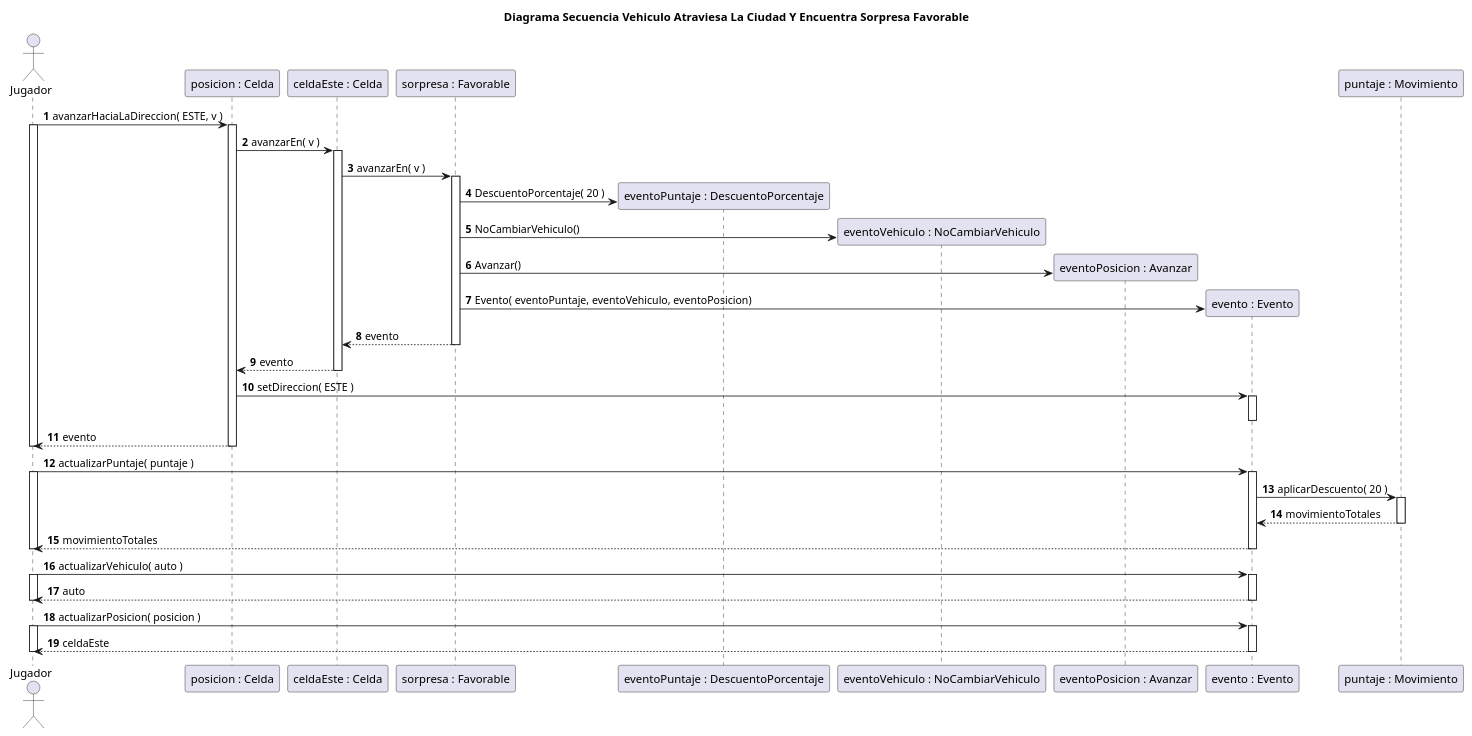
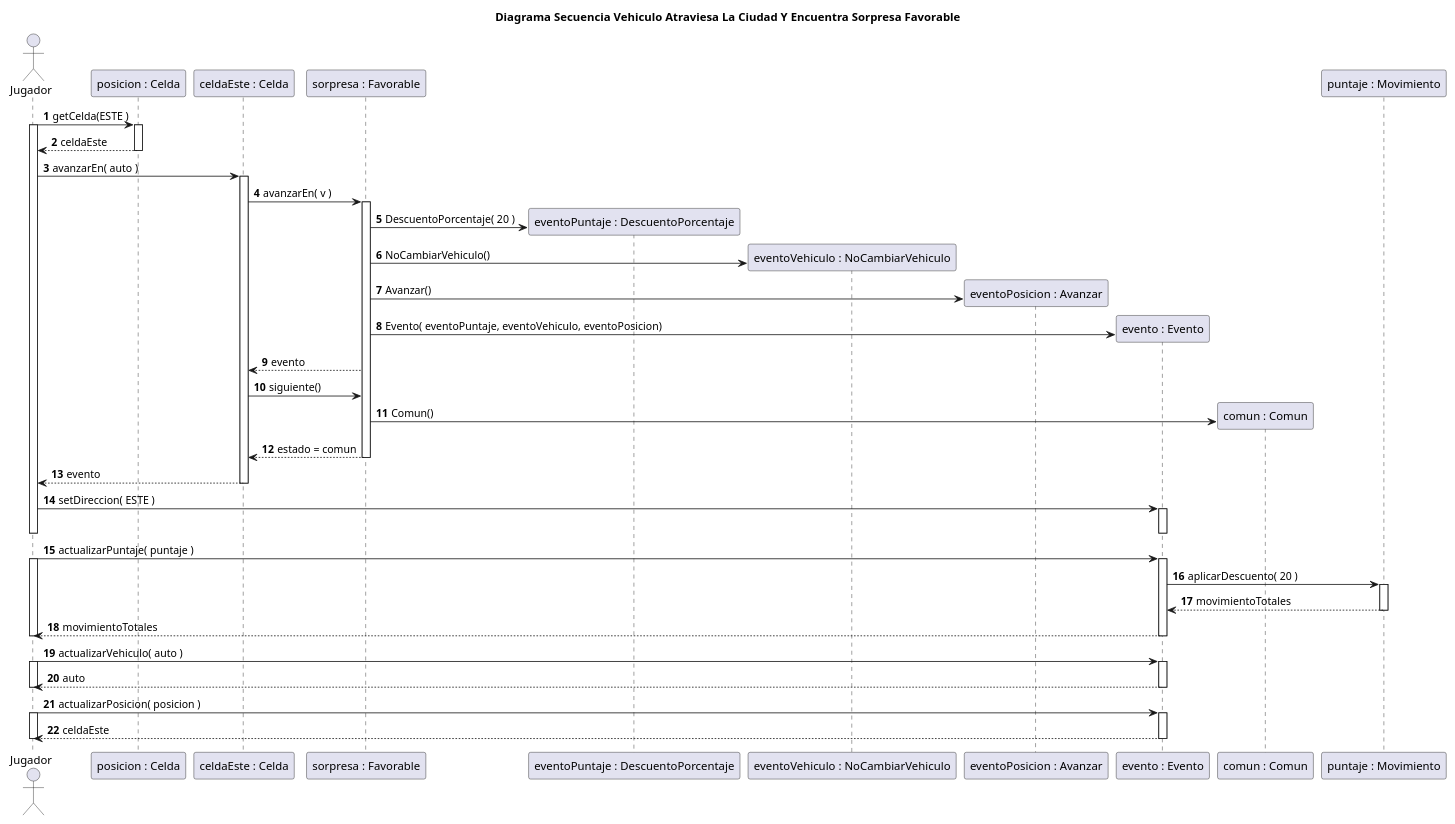
Before and after one commit to rodrigovzq/algo3_tp2: the diagram in diagrams/sequences/entrega2/CasoVehiculoAtraviesaLaCiudadYEncuentraSorpresaFavorable.puml, drawn with PlantUML. The commit also changed 10 other files, not shown here.

```diff
--- a/diagrams/sequences/entrega2/CasoVehiculoAtraviesaLaCiudadYEncuentraSorpresaFavorable.puml
+++ b/diagrams/sequences/entrega2/CasoVehiculoAtraviesaLaCiudadYEncuentraSorpresaFavorable.puml
@@ -1,57 +1,63 @@
 @startuml
 title Diagrama Secuencia Vehiculo Atraviesa La Ciudad Y Encuentra Sorpresa Favorable
 
 
 autonumber
 
 actor Jugador
 
-Jugador -> "posicion : Celda"++: avanzarHaciaLaDireccion( ESTE, v )
+Jugador -> "posicion : Celda"++: getCelda(ESTE )
 
 activate Jugador
-"posicion : Celda" -> "celdaEste : Celda"++: avanzarEn( v )
+"posicion : Celda" --> Jugador: celdaEste
+deactivate "posicion : Celda"
+Jugador -> "celdaEste : Celda"++: avanzarEn( auto )
 
 
 "celdaEste : Celda" -> "sorpresa : Favorable"++: avanzarEn( v )
 
 create "eventoPuntaje : DescuentoPorcentaje"
 "sorpresa : Favorable"-> "eventoPuntaje : DescuentoPorcentaje":  DescuentoPorcentaje( 20 )
 
 create "eventoVehiculo : NoCambiarVehiculo"
 "sorpresa : Favorable" -> "eventoVehiculo : NoCambiarVehiculo": NoCambiarVehiculo()
 
 create "eventoPosicion : Avanzar"
 "sorpresa : Favorable"  -> "eventoPosicion : Avanzar": Avanzar()
 
 create "evento : Evento"
 "sorpresa : Favorable"  -> "evento : Evento": Evento( eventoPuntaje, eventoVehiculo, eventoPosicion)
 
-"sorpresa : Favorable" --> "celdaEste : Celda"--: evento
+"sorpresa : Favorable" --> "celdaEste : Celda": evento
 
-"celdaEste : Celda" --> "posicion : Celda": evento
+"celdaEste : Celda" -> "sorpresa : Favorable": siguiente()
+create "comun : Comun"
+"sorpresa : Favorable" -> "comun : Comun": Comun()
+"sorpresa : Favorable" --> "celdaEste : Celda"--: estado = comun
+
+"celdaEste : Celda" --> Jugador: evento
 deactivate "celdaEste : Celda"
-"posicion : Celda" -> "evento : Evento"++: setDireccion( ESTE )
+Jugador -> "evento : Evento"++: setDireccion( ESTE )
 deactivate "evento : Evento"
-"posicion : Celda" --> Jugador--: evento
 deactivate Jugador
 
 Jugador -> "evento : Evento"++: actualizarPuntaje( puntaje )
 activate Jugador
 "evento : Evento" -> "puntaje : Movimiento"++: aplicarDescuento( 20 )
 "puntaje : Movimiento" --> "evento : Evento": movimientoTotales
 deactivate "puntaje : Movimiento"
 Jugador <-- "evento : Evento"--: movimientoTotales
 deactivate Jugador
 
 
 Jugador -> "evento : Evento"++: actualizarVehiculo( auto )
 activate Jugador
 Jugador <-- "evento : Evento"--: auto
 deactivate Jugador
 
 
 Jugador -> "evento : Evento"++: actualizarPosicion( posicion )
 activate Jugador
 Jugador <-- "evento : Evento"--: celdaEste
 deactivate Jugador
 @enduml
```
